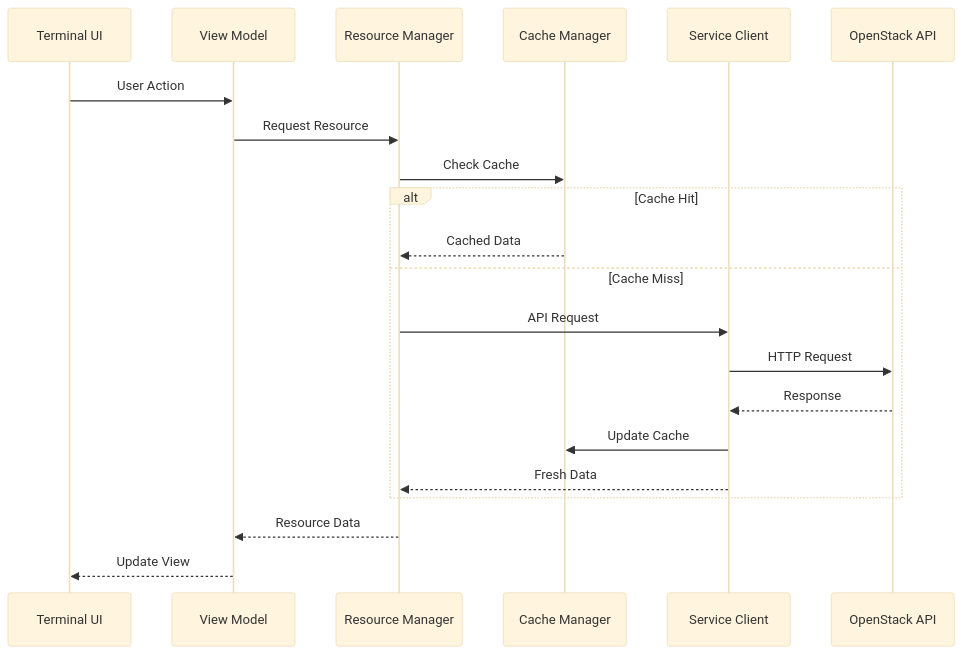
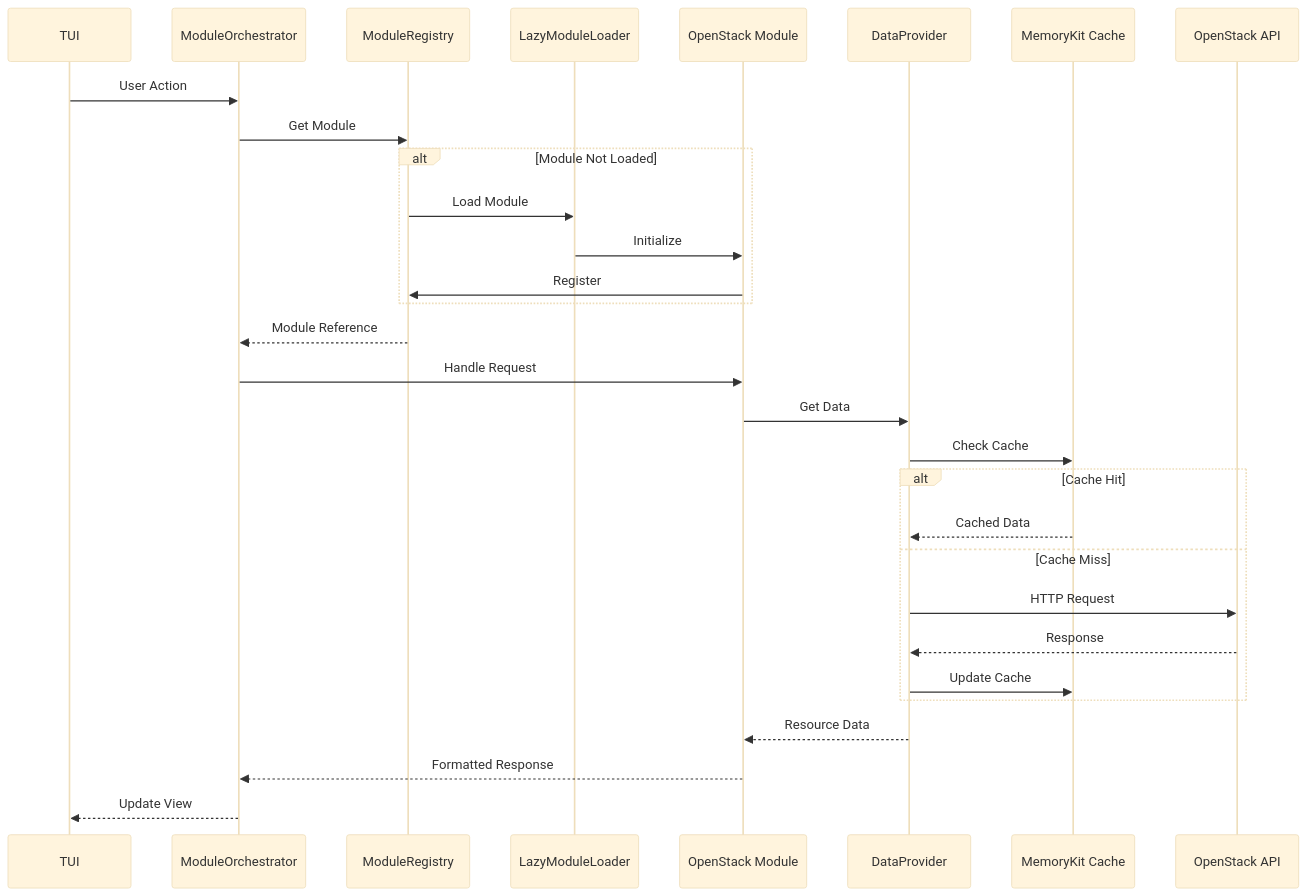
The seventh of 8 diagrams in docs/architecture/overview.md (bluejayA/substation), drawn with Mermaid (base theme) before and after one commit. The commit also changed other lines of this file and 51 other files, not shown here.

````diff
--- a/docs/architecture/overview.md
+++ b/docs/architecture/overview.md
@@ -286,26 +507,37 @@
 ```mermaid
 sequenceDiagram
-    participant UI as Terminal UI
-    participant VM as View Model
-    participant Manager as Resource Manager
-    participant Cache as Cache Manager
-    participant Service as Service Client
+    participant UI as TUI
+    participant MO as ModuleOrchestrator
+    participant MR as ModuleRegistry
+    participant LML as LazyModuleLoader
+    participant Module as OpenStack Module
+    participant DP as DataProvider
+    participant Cache as MemoryKit Cache
     participant API as OpenStack API
 
-    UI->>VM: User Action
-    VM->>Manager: Request Resource
-    Manager->>Cache: Check Cache
+    UI->>MO: User Action
+    MO->>MR: Get Module
+
+    alt Module Not Loaded
+        MR->>LML: Load Module
+        LML->>Module: Initialize
+        Module->>MR: Register
+    end
+
+    MR-->>MO: Module Reference
+    MO->>Module: Handle Request
+    Module->>DP: Get Data
+    DP->>Cache: Check Cache
 
     alt Cache Hit
-        Cache-->>Manager: Cached Data
+        Cache-->>DP: Cached Data
     else Cache Miss
-        Manager->>Service: API Request
-        Service->>API: HTTP Request
-        API-->>Service: Response
-        Service->>Cache: Update Cache
-        Service-->>Manager: Fresh Data
+        DP->>API: HTTP Request
+        API-->>DP: Response
+        DP->>Cache: Update Cache
     end
 
-    Manager-->>VM: Resource Data
-    VM-->>UI: Update View
+    DP-->>Module: Resource Data
+    Module-->>MO: Formatted Response
+    MO-->>UI: Update View
 ```
````
